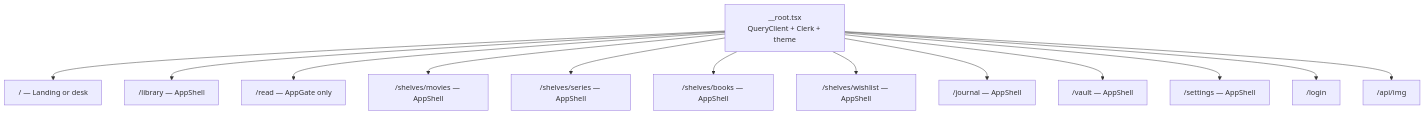
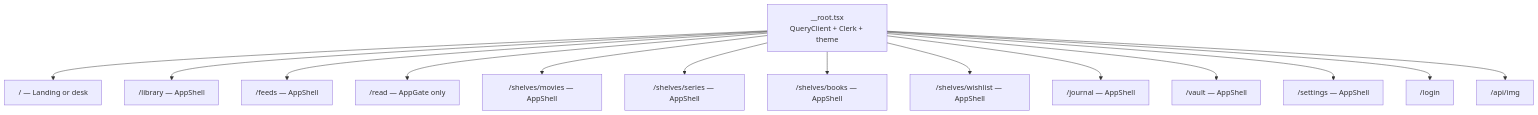
The sixth of 7 diagrams in docs/ARCHITECTURE.md (SahilFruitwala/kami), drawn with Mermaid before and after one commit. The commit also changed other lines of this file and 15 other files, not shown here.

````diff
--- a/docs/ARCHITECTURE.md
+++ b/docs/ARCHITECTURE.md
@@ -239,16 +355,17 @@
 ```mermaid
 flowchart TB
   Root["__root.tsx<br/>QueryClient + Clerk + theme"]
   Root --> Index["/ — Landing or desk"]
   Root --> Lib["/library — AppShell"]
+  Root --> Feeds["/feeds — AppShell"]
   Root --> Read["/read — AppGate only"]
   Root --> Movies["/shelves/movies — AppShell"]
   Root --> Series["/shelves/series — AppShell"]
   Root --> Books["/shelves/books — AppShell"]
   Root --> Wishlist["/shelves/wishlist — AppShell"]
   Root --> Journal["/journal — AppShell"]
   Root --> Vault["/vault — AppShell"]
   Root --> Settings["/settings — AppShell"]
   Root --> Login["/login"]
   Root --> Img["/api/img"]
 ```
````
